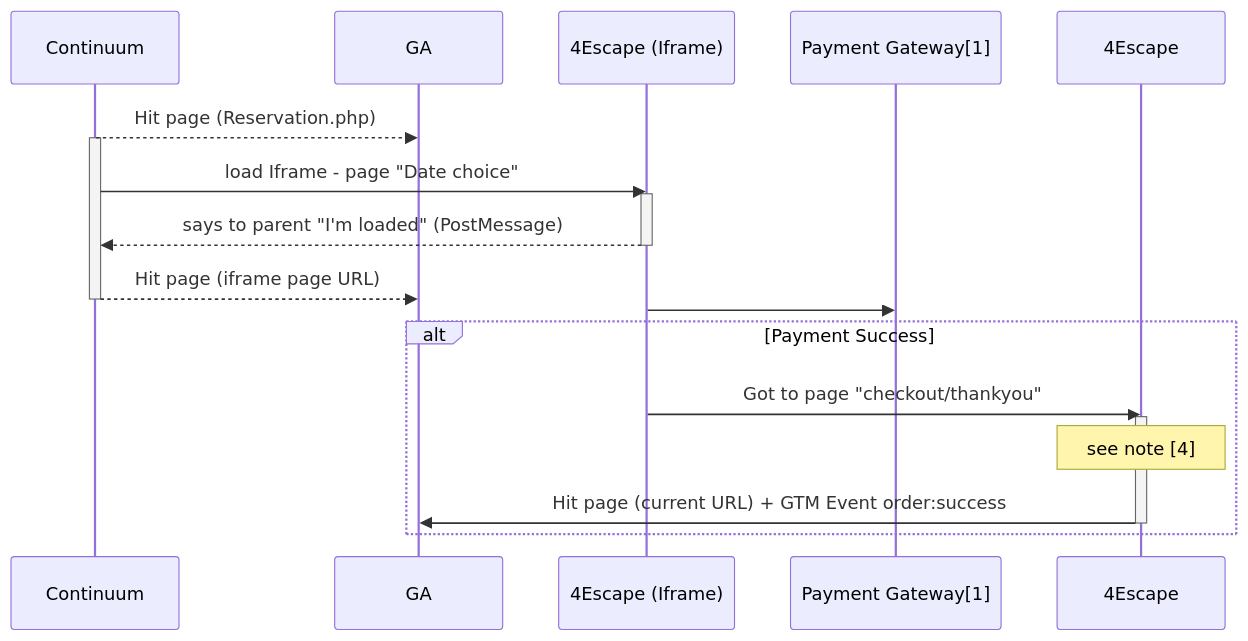
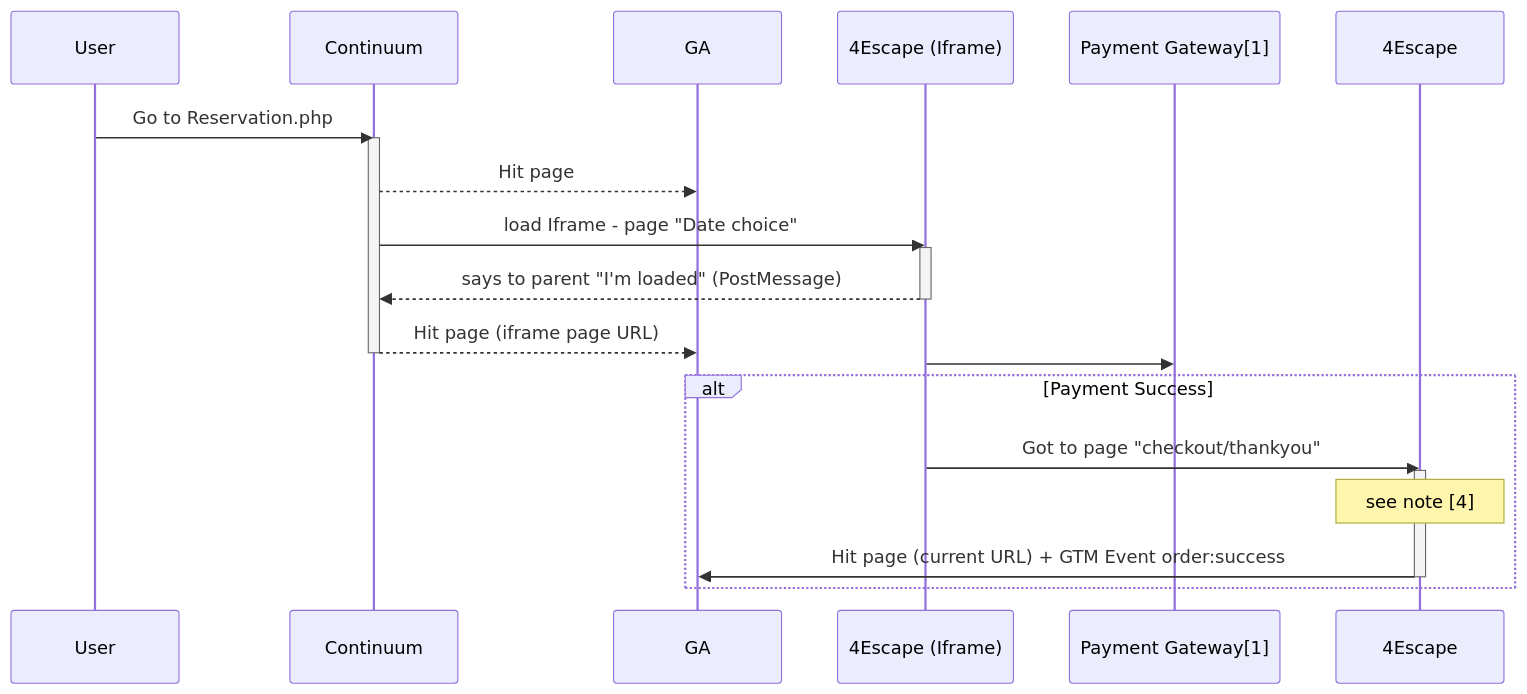
One commit to NansPellicari/stackEdit changed the diagram in doc/continuum/Sequence-session.md. Above: the diagram before and after it, drawn with Mermaid. The commit also changed other lines of this file, not shown here.

Commit message:
doc/continuum/Sequence-session.md updated from https://stackedit.io/

````diff
--- a/doc/continuum/Sequence-session.md
+++ b/doc/continuum/Sequence-session.md
@@ -1,20 +1,21 @@
 ```mermaid
 sequenceDiagram
-Continuum-->>GA: Hit page (Reservation.php) 
+User->>Continuum: Go to Reservation.php
 activate Continuum
+Continuum-->>GA: Hit page
 Continuum->>4Escape (Iframe): load Iframe - page "Date choice"
 activate 4Escape (Iframe)
 4Escape (Iframe)-->>Continuum: says to parent "I'm loaded" (PostMessage)
 deactivate 4Escape (Iframe)
 
 Continuum-->>GA: Hit page (iframe page URL)
 deactivate Continuum
 4Escape (Iframe)->>Payment Gateway[1]: 
 alt Payment Success
 	4Escape (Iframe)->>4Escape: Got to page "checkout/thankyou"
 	activate 4Escape
 	Note over 4Escape: see note [4]
 	4Escape->>GA: Hit page (current URL) + GTM Event order:success
 	deactivate 4Escape
 end
 ```
````
